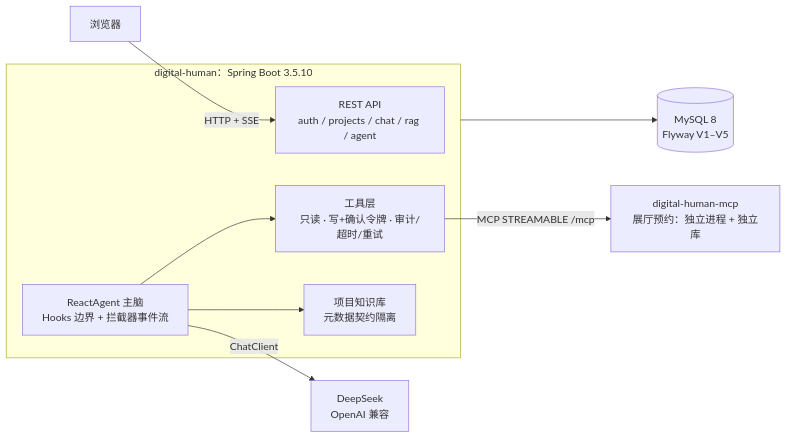
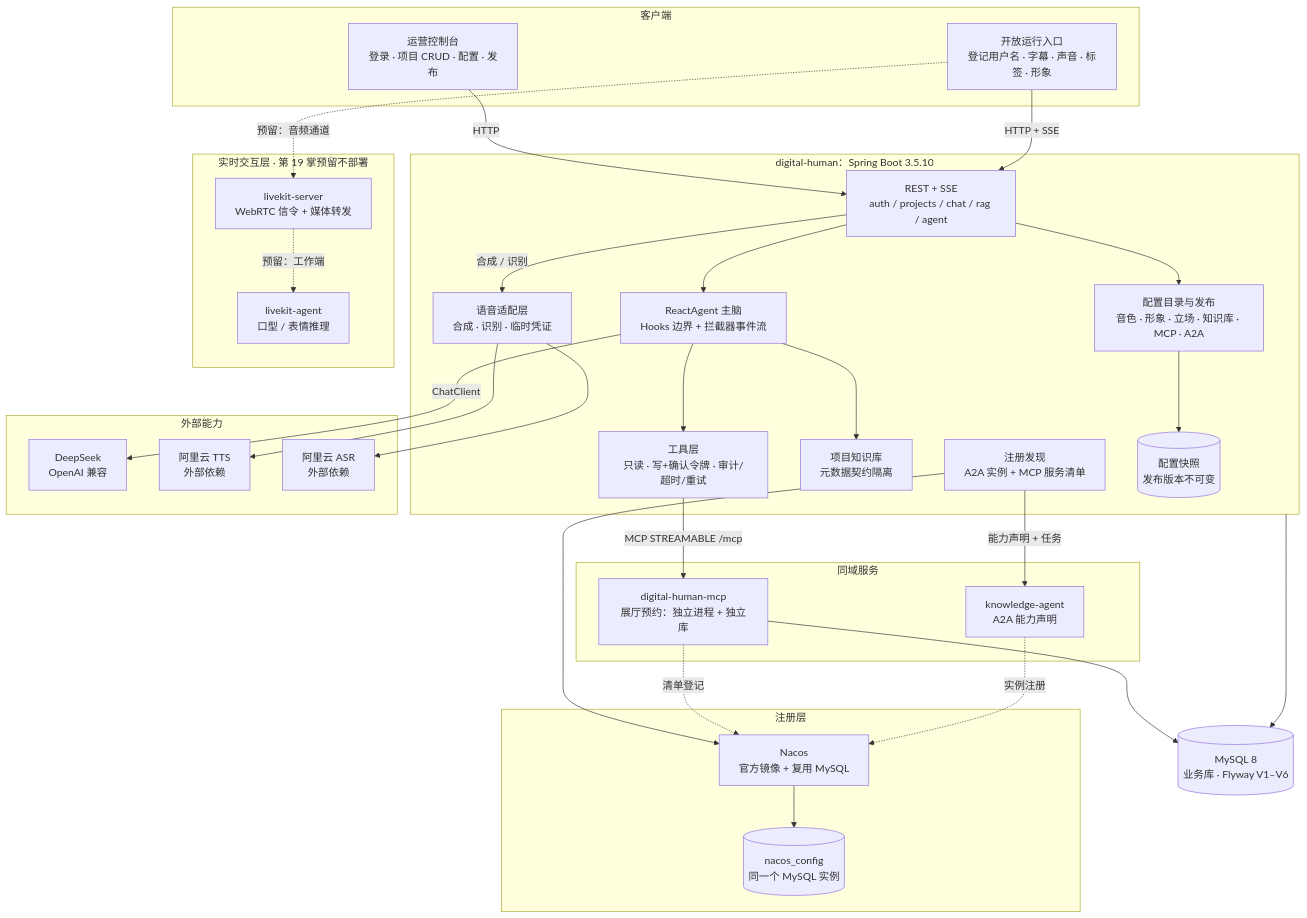
One commit to lifuchun522/springaialibabapractice changed the diagram in README.md. Above: the diagram before and after it, drawn with Mermaid. The commit also changed other lines of this file and 72 other files, not shown here.

First line of the commit message:
feat(ch17): 观星治理——一条失败请求能定位到模型/工具/RAG/图/远程 Agent 的某一层

````diff
--- a/README.md
+++ b/README.md
@@ -271,15 +279,63 @@
 ```mermaid
-flowchart LR
-    U["浏览器"] -->|"HTTP + SSE"| API
+flowchart TB
+    subgraph CLIENT["客户端"]
+        AUI["运营控制台<br/>登录 · 项目 CRUD · 配置 · 发布"]
+        RUI["开放运行入口<br/>登记用户名 · 字幕 · 声音 · 标签 · 形象"]
+    end
+
     subgraph APP["digital-human：Spring Boot 3.5.10"]
-        API["REST API<br/>auth / projects / chat / rag / agent"]
+        API["REST + SSE<br/>auth / projects / chat / rag / agent"]
+        CFG["配置目录与发布<br/>音色 · 形象 · 立场 · 知识库 · MCP · A2A"]
+        VOICE["语音适配层<br/>合成 · 识别 · 临时凭证"]
         AGENT["ReactAgent 主脑<br/>Hooks 边界 + 拦截器事件流"]
         TOOLS["工具层<br/>只读 · 写+确认令牌 · 审计/超时/重试"]
         RAG["项目知识库<br/>元数据契约隔离"]
+        DISC["注册发现<br/>A2A 实例 + MCP 服务清单"]
+        SNAP[("配置快照<br/>发布版本不可变")]
     end
-    AGENT -->|"ChatClient"| LLM["DeepSeek<br/>OpenAI 兼容"]
+
+    subgraph EXT["外部能力"]
+        LLM["DeepSeek<br/>OpenAI 兼容"]
+        TTSX["阿里云 TTS<br/>外部依赖"]
+        ASRX["阿里云 ASR<br/>外部依赖"]
+    end
+
+    subgraph RTC["实时交互层 · 第 19 掌预留不部署"]
+        LKS["livekit-server<br/>WebRTC 信令 + 媒体转发"]
+        LKA["livekit-agent<br/>口型 / 表情推理"]
+    end
+
+    subgraph REG["注册层"]
+        NACOS["Nacos<br/>官方镜像 + 复用 MySQL"]
+        NACOSDB[("nacos_config<br/>同一个 MySQL 实例")]
+    end
+
+    subgraph PEERS["同域服务"]
+        MCP["digital-human-mcp<br/>展厅预约：独立进程 + 独立库"]
+        KA["knowledge-agent<br/>A2A 能力声明"]
+    end
+
+    DB[("MySQL 8<br/>业务库 · Flyway V1–V6")]
+
+    AUI -->|"HTTP"| API
+    API --> CFG
+    CFG --> SNAP
+    RUI -->|"HTTP + SSE"| API
+    API --> AGENT
+    AGENT -->|"ChatClient"| LLM
     AGENT --> TOOLS
     AGENT --> RAG
-    TOOLS -->|"MCP STREAMABLE /mcp"| MCP["digital-human-mcp<br/>展厅预约：独立进程 + 独立库"]
-    APP --> DB[("MySQL 8<br/>Flyway V1–V5")]
+    API -->|"合成 / 识别"| VOICE
+    VOICE --> TTSX
+    VOICE --> ASRX
+    TOOLS -->|"MCP STREAMABLE /mcp"| MCP
+    DISC -->|"能力声明 + 任务"| KA
+    DISC --> NACOS
+    MCP -.->|"清单登记"| NACOS
+    KA -.->|"实例注册"| NACOS
+    NACOS --> NACOSDB
+    APP --> DB
+    MCP --> DB
+    RUI -.->|"预留：音频通道"| LKS
+    LKS -.->|"预留：工作端"| LKA
 ```
````
